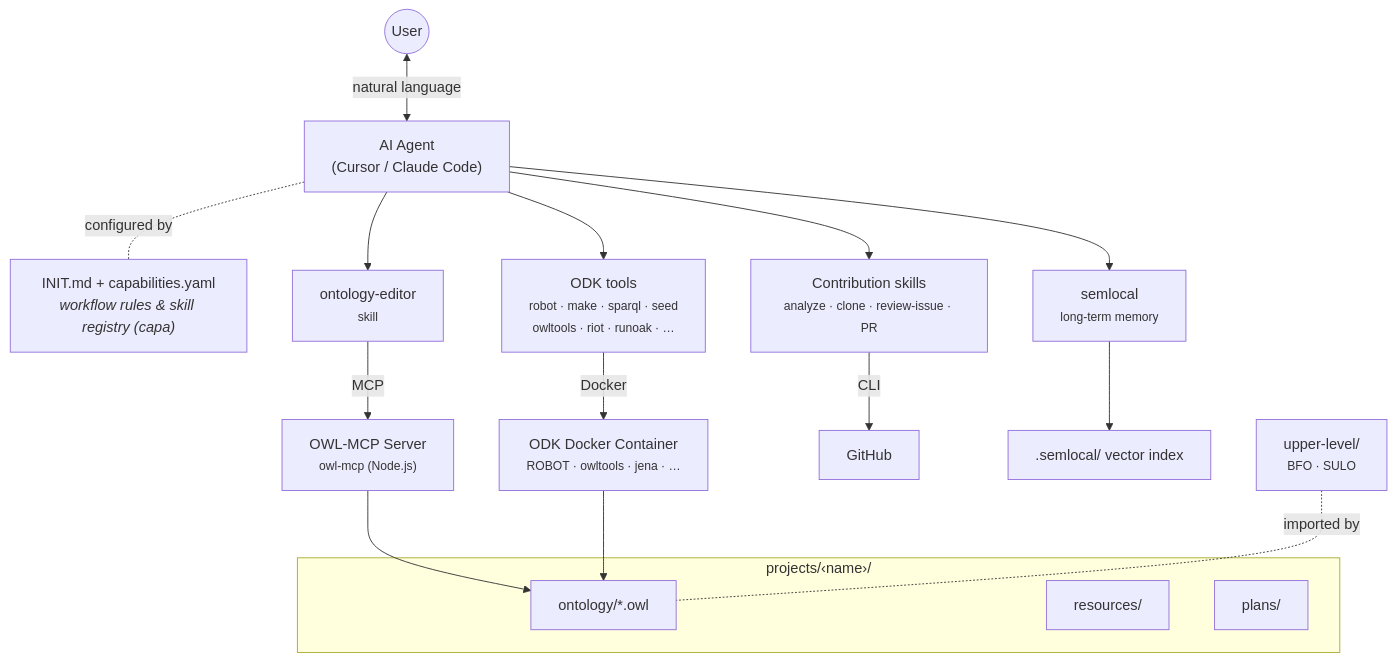
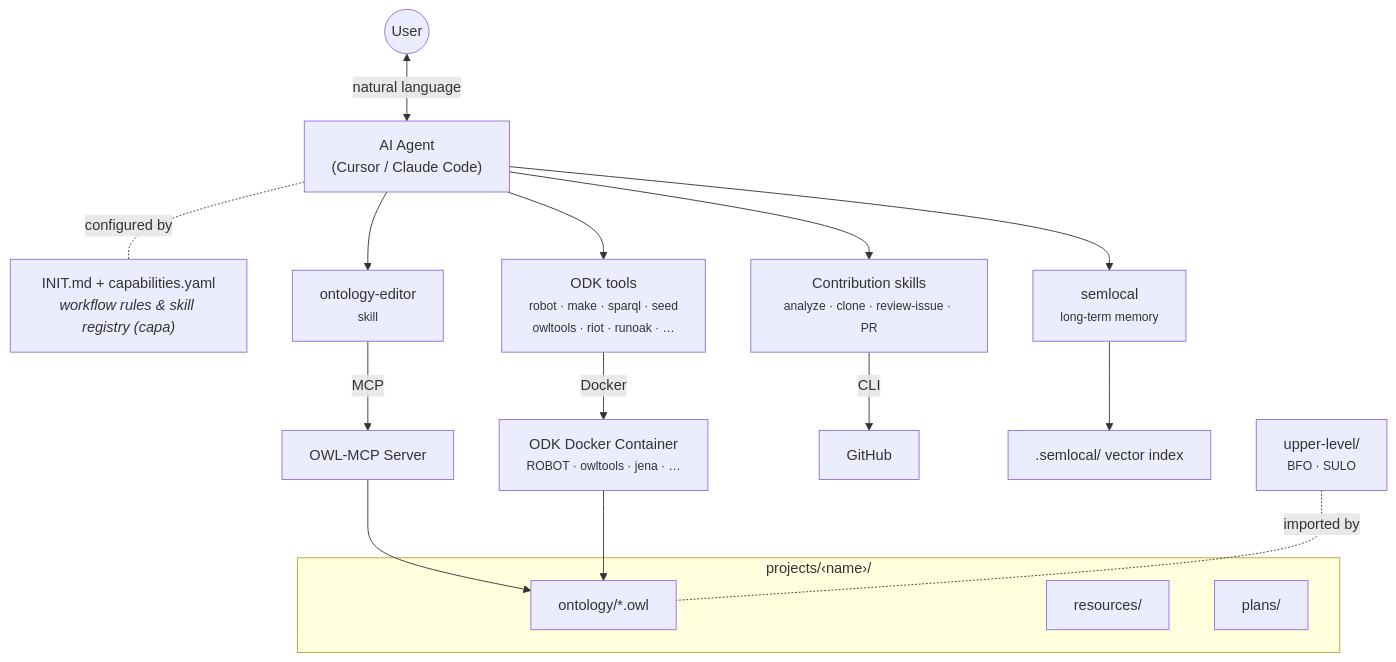
The diagram in README.md (Minitour/agentic-ontology-development-kit), drawn with Mermaid before and after one commit.

Commit message:
Simplify MCP description in README
Removed unnecessary text from MCP description in README.

````diff
--- a/README.md
+++ b/README.md
@@ -7,29 +7,29 @@
 ```mermaid
 flowchart TB
     User(("User"))
 
     User <-->|natural language| Agent["AI Agent<br/>(Cursor / Claude Code)"]
 
     Agent -.-|configured by| Config["INIT.md &plus; capabilities.yaml<br/><i>workflow rules &amp; skill registry (capa)</i>"]
 
     Agent --> Editing["ontology-editor<br/><small>skill</small>"]
     Agent --> ODK["ODK tools<br/><small>robot · make · sparql · seed<br/>owltools · riot · runoak · …</small>"]
     Agent --> Contrib["Contribution skills<br/><small>analyze · clone · review-issue · PR</small>"]
     Agent --> Memory["semlocal<br/><small>long-term memory</small>"]
 
-    Editing -->|MCP| MCP["OWL-MCP Server<br/><small>owl-mcp (Node.js)</small>"]
+    Editing -->|MCP| MCP["OWL-MCP Server<br/>"]
     ODK -->|Docker| Docker["ODK Docker Container<br/><small>ROBOT · owltools · jena · …</small>"]
     Contrib -->|CLI| GH["GitHub"]
     Memory --> Idx[".semlocal/ vector index"]
 
     MCP --> OWL
     Docker --> OWL
 
     subgraph Project ["projects/‹name›/"]
         OWL["ontology/*.owl"]
         Res["resources/"]
         Plans["plans/"]
     end
 
     Upper["upper-level/<br/><small>BFO · SULO</small>"] -.-|imported by| OWL
 ```
````
